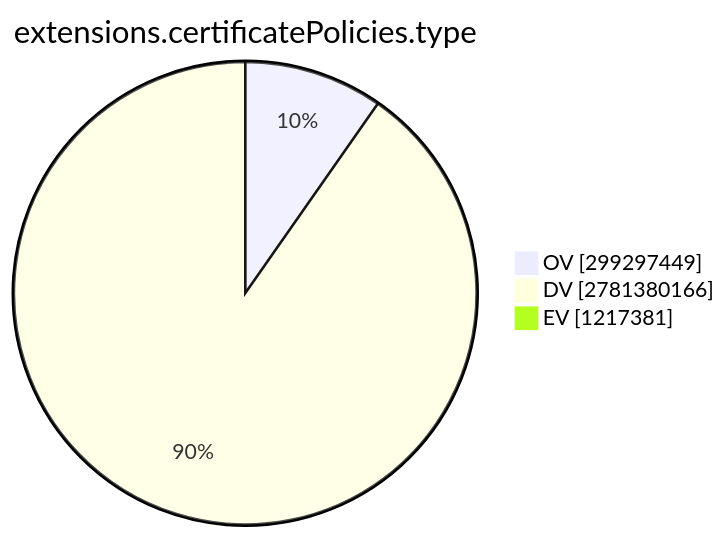
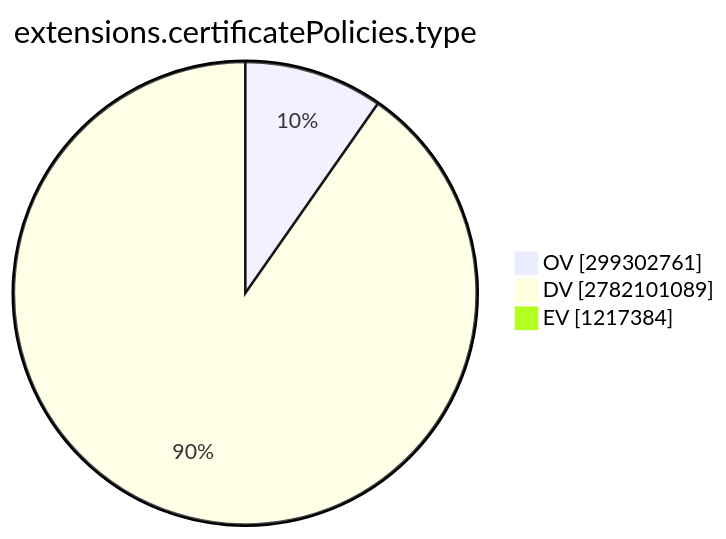
One commit to christiankrug/ctmonitor_visualization changed the ninth of 15 diagrams in TOTAL/README.md. Above: the diagram before and after it, drawn with Mermaid. The commit also changed other lines of this file, not shown here.

````diff
--- a/TOTAL/README.md
+++ b/TOTAL/README.md
@@ -3101,7 +3101,7 @@
 ```mermaid
 pie showData
 title extensions.certificatePolicies.type
-"OV" :299297449
-"DV" :2781380166
-"EV" :1217381
+"OV" :299302761
+"DV" :2782101089
+"EV" :1217384
 ```
````
